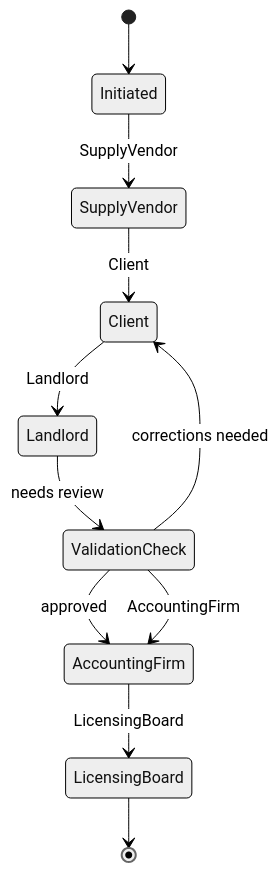
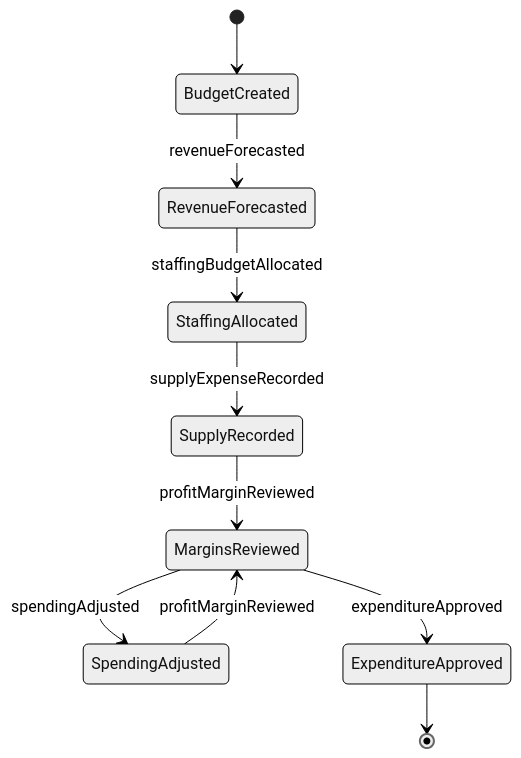
Before and after one commit to dot-org-ai/tasks.org.ai: the second of 4 diagrams in GuidingDirectingAndMotivatingSubordinates/ManageBudgetsOrFinances/ManageBudgetsPersonalServicesOperations.mdx, drawn with Mermaid (neutral theme). The commit also changed other lines of this file and 515 other files, not shown here.

````diff
--- a/GuidingDirectingAndMotivatingSubordinates/ManageBudgetsOrFinances/ManageBudgetsPersonalServicesOperations.mdx
+++ b/GuidingDirectingAndMotivatingSubordinates/ManageBudgetsOrFinances/ManageBudgetsPersonalServicesOperations.mdx
@@ -100,13 +100,12 @@
 ```mermaid
 stateDiagram-v2
-    [*] --> Initiated
-    Initiated --> SupplyVendor: SupplyVendor
-    SupplyVendor --> Client: Client
-    Client --> Landlord: Landlord
-    Landlord --> ValidationCheck: needs review
-    ValidationCheck --> Client: corrections needed
-    ValidationCheck --> AccountingFirm: approved
-    ValidationCheck --> AccountingFirm: AccountingFirm
-    AccountingFirm --> LicensingBoard: LicensingBoard
-    LicensingBoard --> [*]
+    [*] --> BudgetCreated
+    BudgetCreated --> RevenueForecasted : revenueForecasted
+    RevenueForecasted --> StaffingAllocated : staffingBudgetAllocated
+    StaffingAllocated --> SupplyRecorded : supplyExpenseRecorded
+    SupplyRecorded --> MarginsReviewed : profitMarginReviewed
+    MarginsReviewed --> SpendingAdjusted : spendingAdjusted
+    SpendingAdjusted --> MarginsReviewed : profitMarginReviewed
+    MarginsReviewed --> ExpenditureApproved : expenditureApproved
+    ExpenditureApproved --> [*]
 ```
````
